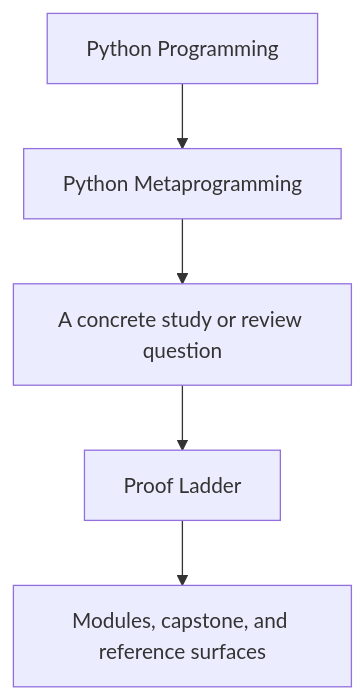
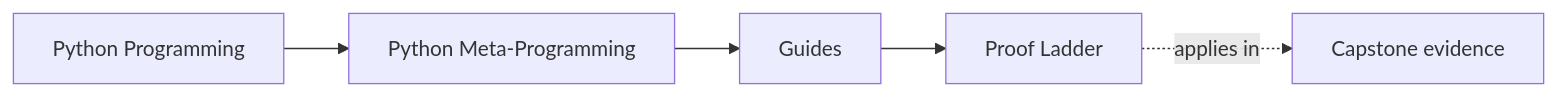
The first of 2 diagrams in programs/python-programming/python-meta-programming/course-book/guides/proof-ladder.md (bijux/bijux-masterclass), drawn with Mermaid before and after one commit. The commit also changed other lines of this file and 55 other files, not shown here.

Commit message:
docs(python-meta-programming): map runtime foundations and inspection routes

````diff
--- a/programs/python-programming/python-meta-programming/course-book/guides/proof-ladder.md
+++ b/programs/python-programming/python-meta-programming/course-book/guides/proof-ladder.md
@@ -6,7 +6,11 @@
 ```mermaid
-flowchart TD
-  family["Python Programming"] --> program["Python Metaprogramming"]
-  program --> pressure["A concrete study or review question"]
-  pressure --> guide["Proof Ladder"]
-  guide --> next["Modules, capstone, and reference surfaces"]
+graph LR
+  family["Python Programming"]
+  program["Python Meta-Programming"]
+  section["Guides"]
+  page["Proof Ladder"]
+  capstone["Capstone evidence"]
+
+  family --> program --> section --> page
+  page -.applies in.-> capstone
 ```
````
